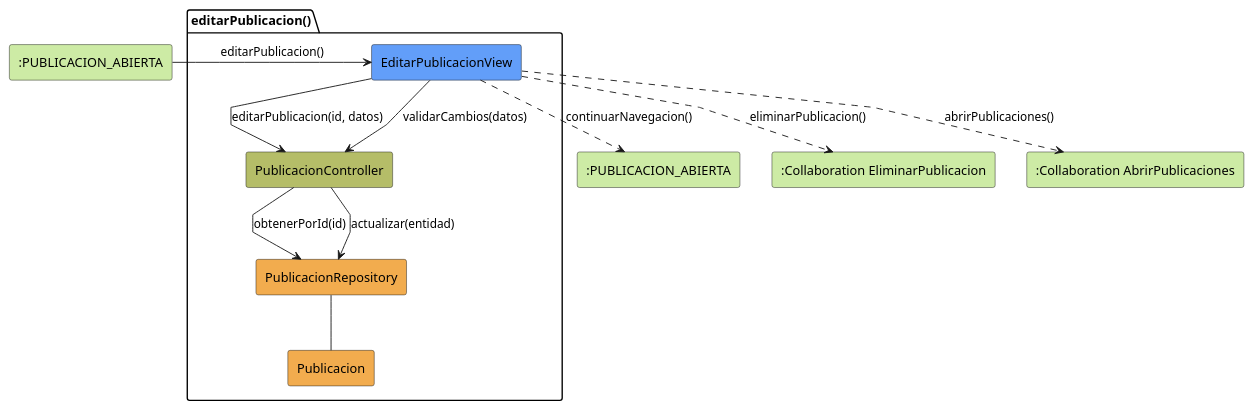
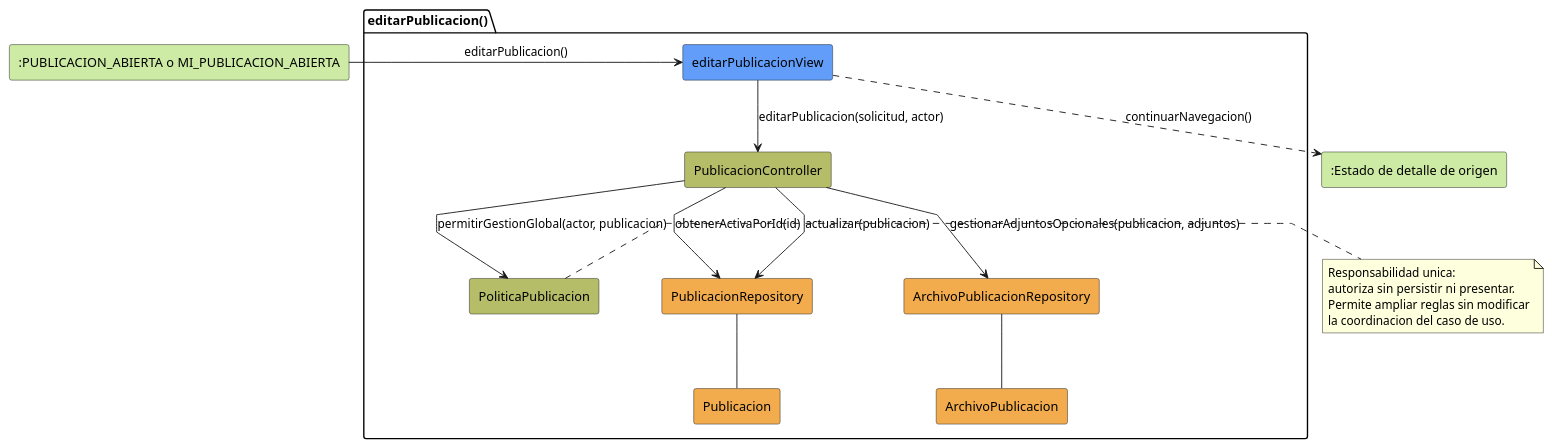
Before and after one commit to beatriizorozco/25-26-idsw2-sdVC: the diagram in RUP/01-analisis/casos-uso/coordinador/editarPublicacion/colaboracion.puml, drawn with PlantUML. The commit also changed 99 other files, not shown here.

Commit message:
docs(analisis y diseño): bloque 8: publicaciones

```diff
--- a/RUP/01-analisis/casos-uso/coordinador/editarPublicacion/colaboracion.puml
+++ b/RUP/01-analisis/casos-uso/coordinador/editarPublicacion/colaboracion.puml
@@ -1,27 +1,32 @@
-@startuml editarPublicacion-analisis
+@startuml editarPublicacion-coordinador-analisis
 skinparam linetype polyline
 
-rectangle #CDEBA5 ":PUBLICACION_ABIERTA" as EstadoEntrada
+rectangle #CDEBA5 ":PUBLICACION_ABIERTA o MI_PUBLICACION_ABIERTA" as EstadoEntrada
 package editarPublicacion as "editarPublicacion()" {
-    rectangle #629EF9 EditarPublicacionView
+    rectangle #629EF9 "editarPublicacionView" as View
     rectangle #b5bd68 PublicacionController
+    rectangle #b5bd68 PoliticaPublicacion
     rectangle #F2AC4E PublicacionRepository
     rectangle #F2AC4E Publicacion
+    rectangle #F2AC4E ArchivoPublicacionRepository
+    rectangle #F2AC4E ArchivoPublicacion
 }
+rectangle #CDEBA5 ":Estado de detalle de origen" as EstadoSalida
 
-rectangle #CDEBA5 ":PUBLICACION_ABIERTA" as EstadoSalida
-rectangle #CDEBA5 ":Collaboration EliminarPublicacion" as EliminarPublicacion
-rectangle #CDEBA5 ":Collaboration AbrirPublicaciones" as AbrirPublicaciones
+EstadoEntrada -r-> View: editarPublicacion()
+View -d-> PublicacionController: editarPublicacion(solicitud, actor)
+PublicacionController --> PublicacionRepository: obtenerActivaPorId(id)
+PublicacionController --> PoliticaPublicacion: permitirGestionGlobal(actor, publicacion)
+PublicacionController --> PublicacionRepository: actualizar(publicacion)
+PublicacionRepository -- Publicacion
+PublicacionController --> ArchivoPublicacionRepository: gestionarAdjuntosOpcionales(publicacion, adjuntos)
+ArchivoPublicacionRepository -- ArchivoPublicacion
+View ..> EstadoSalida: continuarNavegacion()
 
-EstadoEntrada -r-> EditarPublicacionView: editarPublicacion()
-
-EditarPublicacionView -d-> PublicacionController: editarPublicacion(id, datos)
-EditarPublicacionView --> PublicacionController: validarCambios(datos)
-PublicacionController --> PublicacionRepository: obtenerPorId(id)
-PublicacionController --> PublicacionRepository: actualizar(entidad)
-PublicacionRepository -- Publicacion
-EditarPublicacionView ..> EstadoSalida: continuarNavegacion()
-EditarPublicacionView ..> EliminarPublicacion: eliminarPublicacion()
-EditarPublicacionView ..> AbrirPublicaciones: abrirPublicaciones()
-
+note right of PoliticaPublicacion
+Responsabilidad unica:
+autoriza sin persistir ni presentar.
+Permite ampliar reglas sin modificar
+la coordinacion del caso de uso.
+end note
 @enduml
```
